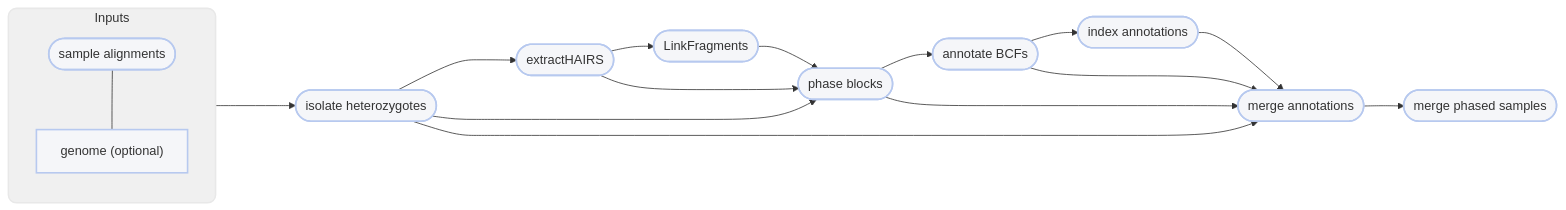
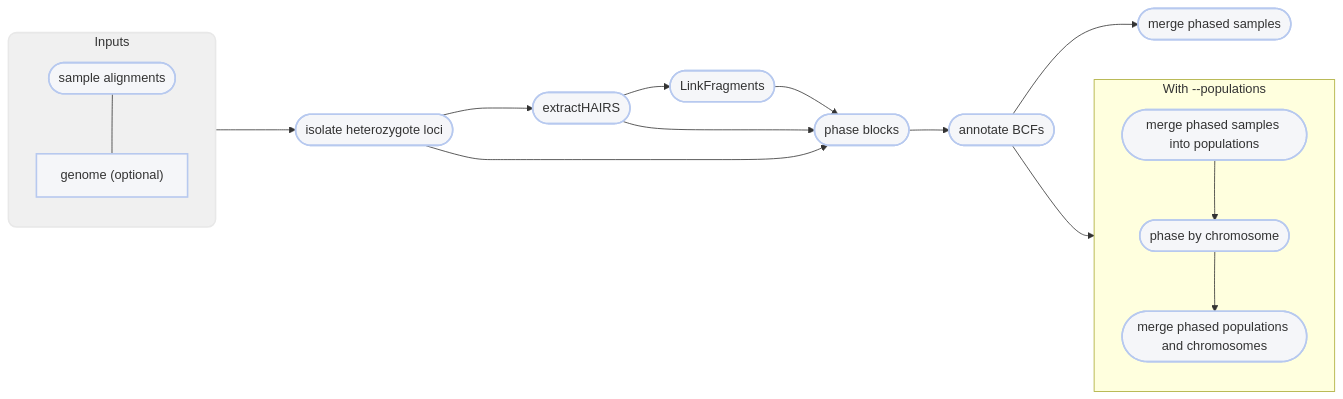
Before and after one commit to BLinkseq/harpy: the diagram in docs/src/content/docs/commands/phase-snp.mdx, drawn with Mermaid. The commit also changed other lines of this file and 23 other files, not shown here.

````diff
--- a/docs/src/content/docs/commands/phase-snp.mdx
+++ b/docs/src/content/docs/commands/phase-snp.mdx
@@ -86,21 +94,21 @@
 ```mermaid
 graph LR
     subgraph Inputs
         Z([sample alignments]):::clean---gen["genome (optional)"]:::clean
     end
-    Inputs--->A([isolate heterozygotes]):::clean
+    Inputs--->A([isolate heterozygote loci]):::clean
     A ---> B([extractHAIRS]):::clean
     B-->C([LinkFragments]):::clean
     C-->D([phase blocks]):::clean
     B-->D
     A-->D
     D-->E([annotate BCFs]):::clean
-    E-->F([index annotations]):::clean
-    F-->G([merge annotations]):::clean
-    E-->G
-    A-->G
-    D-->G
-    G-->I([merge phased samples]):::clean
+    E-->I([merge phased samples]):::clean
+    subgraph stats[With --populations]
+        H([merge phased samples into populations]):::clean-->J([phase by chromosome]):::clean
+        J-->K([merge phased populations and chromosomes]):::clean
+    end
+    E-->stats
     style Inputs fill:#f0f0f0,stroke:#e8e8e8,stroke-width:2px,rx:10px,ry:10px
     classDef clean fill:#f5f6f9,stroke:#b7c9ef,stroke-width:2px
 ```
````
